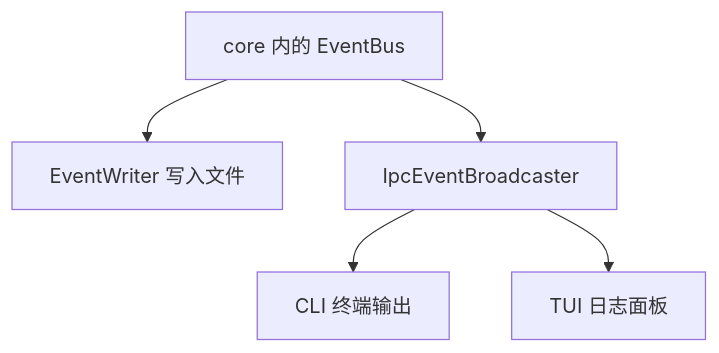
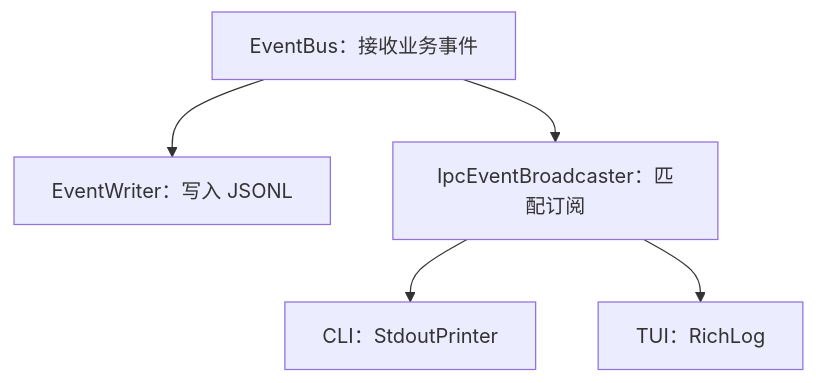
The second of 6 diagrams in doc/STUDY_GUIDE_S2.md (x-wynter/KamaClaude), drawn with Mermaid before and after one commit. The commit also changed other lines of this file, not shown here.

Commit message:
docs(s2): expand study guide with architecture and detailed code walkthroughs

````diff
--- a/doc/STUDY_GUIDE_S2.md
+++ b/doc/STUDY_GUIDE_S2.md
@@ -35,7 +84,7 @@
 ```mermaid
 flowchart TD
-    Bus[core 内的 EventBus] --> File[EventWriter 写入文件]
-    Bus --> IPC[IpcEventBroadcaster]
-    IPC --> CLI[CLI 终端输出]
-    IPC --> TUI[TUI 日志面板]
+    Bus["EventBus：接收业务事件"] --> File["EventWriter：写入 JSONL"]
+    Bus --> Broadcast["IpcEventBroadcaster：匹配订阅"]
+    Broadcast --> CLI["CLI：StdoutPrinter"]
+    Broadcast --> TUI["TUI：RichLog"]
 ```
````
